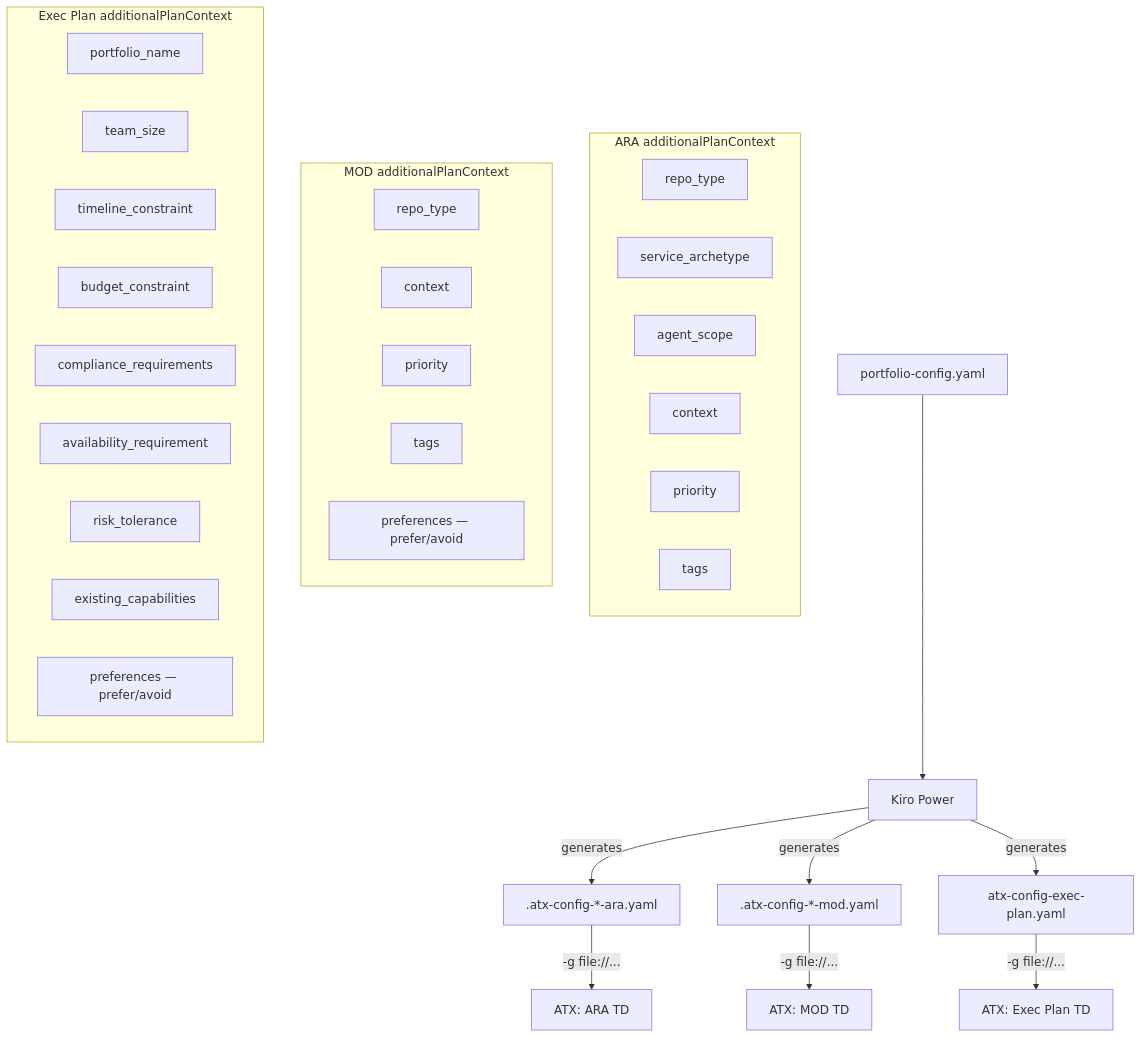
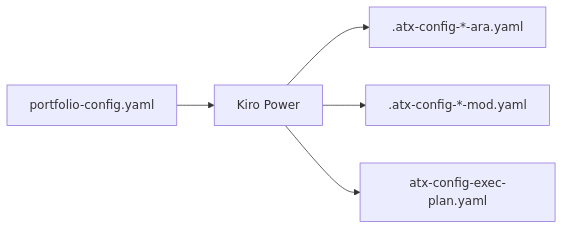
Before and after one commit to aws-samples/sample-agentic-readiness-analysis-orchestrator: the second of 2 diagrams in README.md, drawn with Mermaid. The commit also changed other lines of this file and 4 other files, not shown here.

Commit message:
docs: simplify README diagrams and add execution plan report output

````diff
--- a/README.md
+++ b/README.md
@@ -84,41 +55,7 @@
 ```mermaid
-flowchart TB
+flowchart LR
     YAML[portfolio-config.yaml] --> POWER[Kiro Power]
-    
-    POWER -->|generates| ARA_FILE[".atx-config-*-ara.yaml"]
-    POWER -->|generates| MOD_FILE[".atx-config-*-mod.yaml"]
-    POWER -->|generates| EXEC_FILE["atx-config-exec-plan.yaml"]
-
-    ARA_FILE -->|"-g file://..."| ATX_ARA["ATX: ARA TD"]
-    MOD_FILE -->|"-g file://..."| ATX_MOD["ATX: MOD TD"]
-    EXEC_FILE -->|"-g file://..."| ATX_EXEC["ATX: Exec Plan TD"]
-
-    subgraph ARA_CFG [ARA additionalPlanContext]
-        A1[repo_type]
-        A2[service_archetype]
-        A3[agent_scope]
-        A4[context]
-        A5[priority]
-        A6[tags]
-    end
-
-    subgraph MOD_CFG [MOD additionalPlanContext]
-        M1[repo_type]
-        M2[context]
-        M3[priority]
-        M4[tags]
-        M5[preferences — prefer/avoid]
-    end
-
-    subgraph EXEC_CFG [Exec Plan additionalPlanContext]
-        E1[portfolio_name]
-        E2[team_size]
-        E3[timeline_constraint]
-        E4[budget_constraint]
-        E5[compliance_requirements]
-        E6[availability_requirement]
-        E7[risk_tolerance]
-        E8[existing_capabilities]
-        E9[preferences — prefer/avoid]
-    end
+    POWER --> ARA[".atx-config-*-ara.yaml"]
+    POWER --> MOD[".atx-config-*-mod.yaml"]
+    POWER --> EXEC["atx-config-exec-plan.yaml"]
 ```
````
